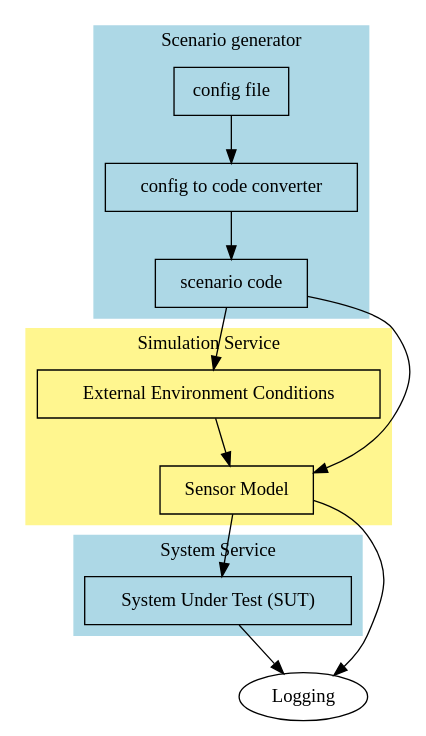
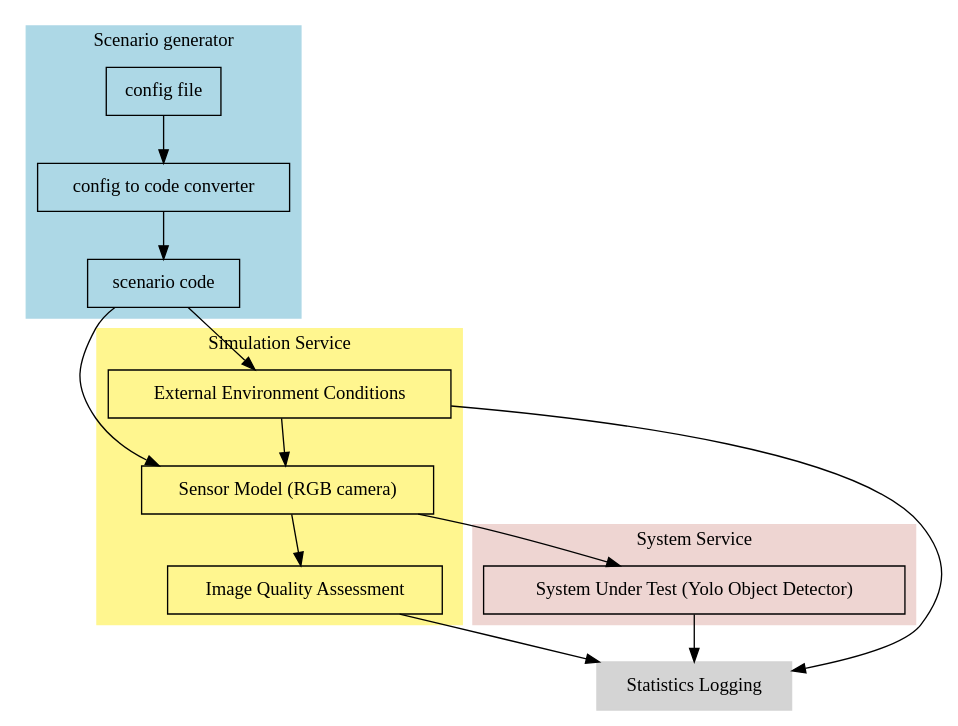
Before and after one commit to AlaaAlassi/graphviz: the diagram in seamless_functional_arch.dot, drawn with Graphviz. The commit also changed 1 other file, not shown here.

```diff
--- a/seamless_functional_arch.dot
+++ b/seamless_functional_arch.dot
@@ -1,45 +1,48 @@
 digraph G {
 
     // System Service Scenario
     subgraph cluster_Scenario {
         label = "Scenario generator";
         style = filled;
         color = lightblue;
         
         config [shape=box, label="config file"];
         converter [shape=box, label="config to code converter"];
         scenario [shape=box, label="scenario code"];
 
         config -> converter;
         converter -> scenario;
     }
     
     // Simulation Service Container
     subgraph cluster_simulation {
         label = "Simulation Service";
         style = filled;
         color = khaki1;
         
         Environment [shape=box, label="External Environment Conditions"];
-        SensorModel [shape=box, label="Sensor Model"];
-
+        SensorModel [shape=box, label="Sensor Model (RGB camera)"];
+        IQA [shape=box, label="Image Quality Assessment"]
         Environment -> SensorModel;
+        SensorModel -> IQA; 
     }
     
     // System Service Container
     subgraph cluster_system {
         label = "System Service";
         style = filled;
-        color = lightblue;
+        color = mistyrose2;
         
-        SUT [shape=box, label="System Under Test (SUT)"];
+        SUT [shape=box, label="System Under Test (Yolo Object Detector)"];
     }
     
-    // Connecting nodes to Communication Broker
+    // Connecting nodes
+    statisticsLogging [shape=box, color=grey83, style=filled, fillcolor=grey83, label="Statistics Logging"]
     scenario -> Environment;
     scenario -> SensorModel;
     SensorModel -> SUT;
-    SUT -> Logging;
-    SensorModel -> Logging;
+    SUT -> statisticsLogging;
+    Environment -> statisticsLogging;
+    IQA -> statisticsLogging;
     
 }
```
